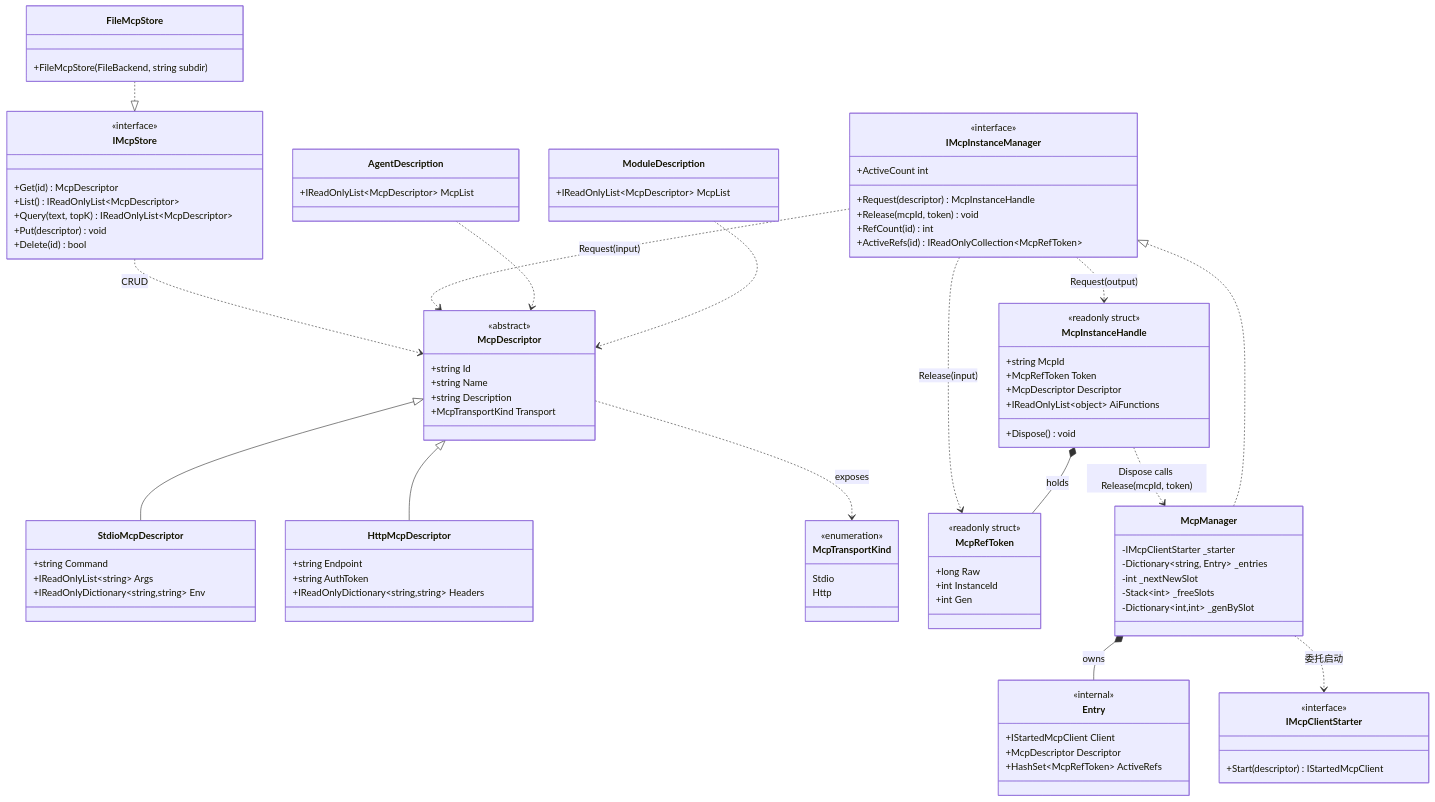
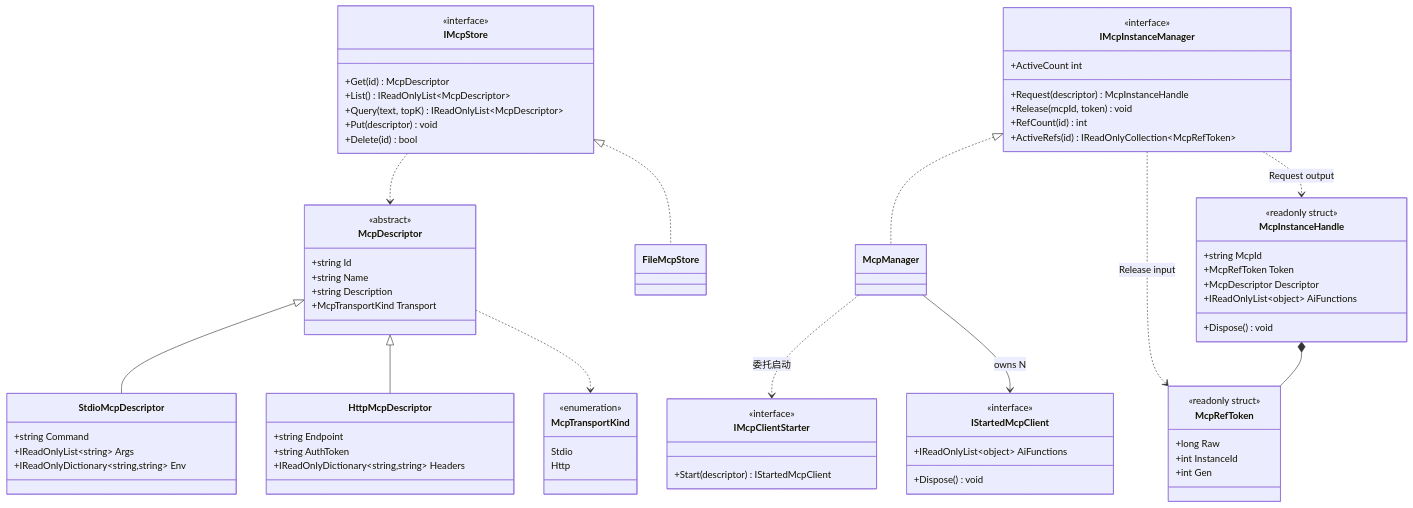
One commit to nan023062/agent-team-cc changed the second of 3 diagrams in v2/cbim/Assets/CBIM/Mcp/.dna/module.md. Above: the diagram before and after it, drawn with Mermaid. The commit also changed other lines of this file and 14 other files, not shown here.

First line of the commit message:
docs(v2): diagrams-first rewrite for all 15 module .dna files

````diff
--- a/v2/cbim/Assets/CBIM/Mcp/.dna/module.md
+++ b/v2/cbim/Assets/CBIM/Mcp/.dna/module.md
@@ -61,19 +78,16 @@
         +string Description
         +McpTransportKind Transport
     }
-
     class StdioMcpDescriptor {
         +string Command
         +IReadOnlyList~string~ Args
         +IReadOnlyDictionary~string,string~ Env
     }
-
     class HttpMcpDescriptor {
         +string Endpoint
         +string AuthToken
         +IReadOnlyDictionary~string,string~ Headers
     }
-
     class McpTransportKind {
         <<enumeration>>
         Stdio
@@ -88,10 +102,7 @@
         +Put(descriptor) void
         +Delete(id) bool
     }
-
-    class FileMcpStore {
-        +FileMcpStore(FileBackend, string subdir)
-    }
+    class FileMcpStore
 
     class IMcpInstanceManager {
         <<interface>>
@@ -101,12 +112,15 @@
         +RefCount(id) int
         +ActiveRefs(id) IReadOnlyCollection~McpRefToken~
     }
-
-    class McpRefToken {
-        <<readonly struct>>
-        +long Raw
-        +int InstanceId
-        +int Gen
+    class McpManager
+    class IMcpClientStarter {
+        <<interface>>
+        +Start(descriptor) IStartedMcpClient
+    }
+    class IStartedMcpClient {
+        <<interface>>
+        +IReadOnlyList~object~ AiFunctions
+        +Dispose() void
     }
 
     class McpInstanceHandle {
@@ -117,50 +131,24 @@
         +IReadOnlyList~object~ AiFunctions
         +Dispose() void
     }
-
-    class McpManager {
-        -IMcpClientStarter _starter
-        -Dictionary~string, Entry~ _entries
-        -int _nextNewSlot
-        -Stack~int~ _freeSlots
-        -Dictionary~int,int~ _genBySlot
-    }
-
-    class Entry {
-        <<internal>>
-        +IStartedMcpClient Client
-        +McpDescriptor Descriptor
-        +HashSet~McpRefToken~ ActiveRefs
-    }
-
-    class IMcpClientStarter {
-        <<interface>>
-        +Start(descriptor) IStartedMcpClient
+    class McpRefToken {
+        <<readonly struct>>
+        +long Raw
+        +int InstanceId
+        +int Gen
     }
 
     McpDescriptor <|-- StdioMcpDescriptor
     McpDescriptor <|-- HttpMcpDescriptor
-    McpDescriptor ..> McpTransportKind : exposes
+    McpDescriptor ..> McpTransportKind
 
-    IMcpStore ..> McpDescriptor : CRUD
-    FileMcpStore ..|> IMcpStore
+    IMcpStore <|.. FileMcpStore
+    IMcpStore ..> McpDescriptor
 
-    IMcpInstanceManager ..> McpDescriptor : Request(input)
-    IMcpInstanceManager ..> McpInstanceHandle : Request(output)
-    IMcpInstanceManager ..> McpRefToken : Release(input)
-    McpManager ..|> IMcpInstanceManager
-    McpManager *-- Entry : owns
+    IMcpInstanceManager <|.. McpManager
+    IMcpInstanceManager ..> McpInstanceHandle : Request output
+    IMcpInstanceManager ..> McpRefToken : Release input
     McpManager ..> IMcpClientStarter : 委托启动
-    McpInstanceHandle *-- McpRefToken : holds
-    McpInstanceHandle ..> McpManager : Dispose calls Release(mcpId, token)
-
-    class AgentDescription {
-        +IReadOnlyList~McpDescriptor~ McpList
-    }
-    class ModuleDescription {
-        +IReadOnlyList~McpDescriptor~ McpList
-    }
-
-    AgentDescription ..> McpDescriptor
-    ModuleDescription ..> McpDescriptor
+    McpManager --> IStartedMcpClient : owns N
+    McpInstanceHandle *-- McpRefToken
 ```
````
